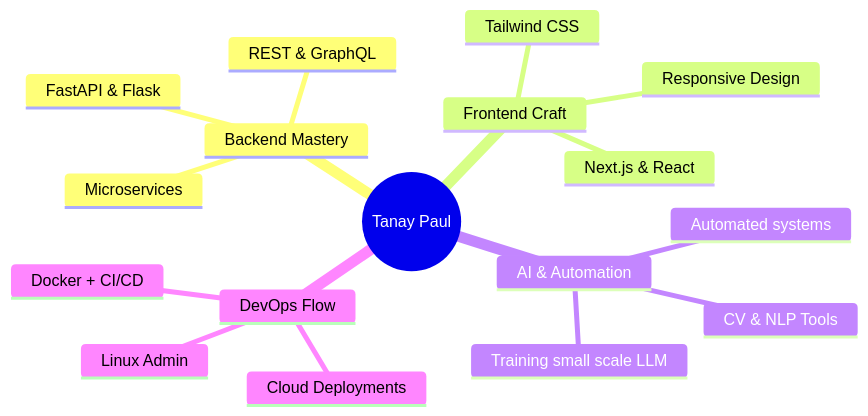
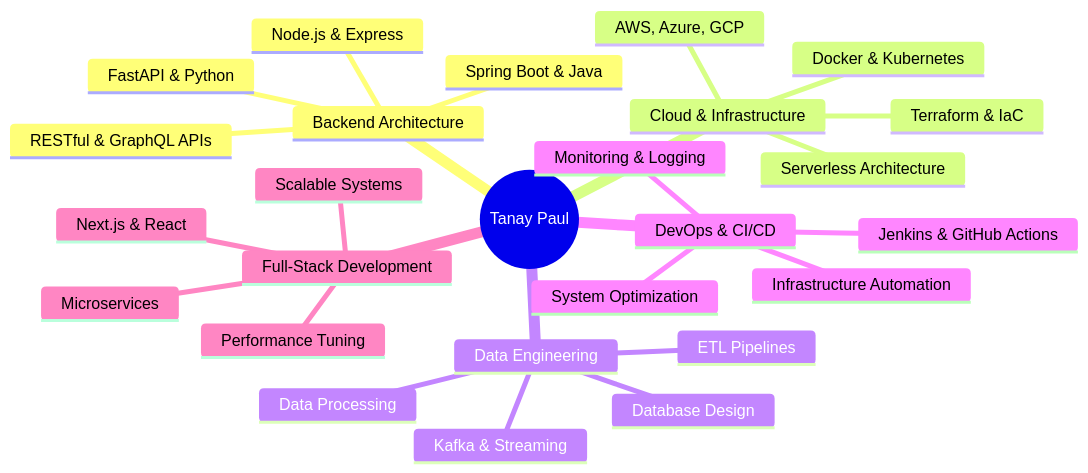
The diagram in README.md (paultanay/paultanay), drawn with Mermaid before and after one commit. The commit also changed other lines of this file, not shown here.

````diff
--- a/README.md
+++ b/README.md
@@ -131,20 +143,29 @@
 ```mermaid
 mindmap
   root((Tanay Paul))
-    Backend Mastery
-      FastAPI & Flask
-      REST & GraphQL
+    Backend Architecture
+      Spring Boot & Java
+      Node.js & Express
+      FastAPI & Python
+      RESTful & GraphQL APIs
+    Cloud & Infrastructure
+      AWS, Azure, GCP
+      Docker & Kubernetes
+      Terraform & IaC
+      Serverless Architecture
+    Data Engineering
+      ETL Pipelines
+      Kafka & Streaming
+      Database Design
+      Data Processing
+    DevOps & CI/CD
+      Jenkins & GitHub Actions
+      Monitoring & Logging
+      Infrastructure Automation
+      System Optimization
+    Full-Stack Development
+      Next.js & React
       Microservices
-    Frontend Craft
-      Responsive Design
-      Tailwind CSS
-      Next.js & React
-    AI & Automation
-      Training small scale LLM
-      Automated systems
-      CV & NLP Tools
-    DevOps Flow
-      Docker + CI/CD
-      Linux Admin
-      Cloud Deployments
+      Scalable Systems
+      Performance Tuning
 ```
````
